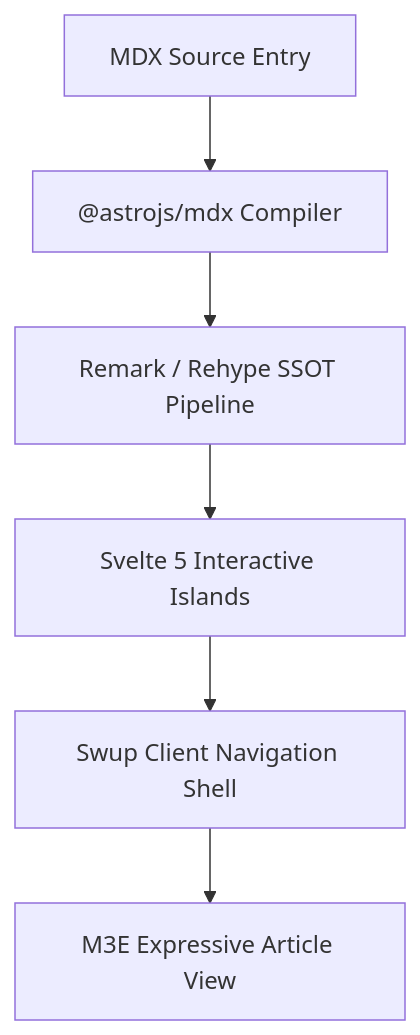
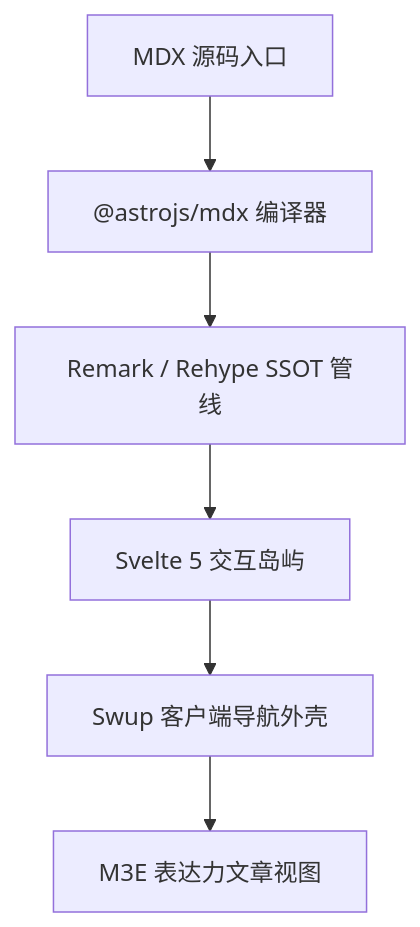
Before and after one commit to yycc0324-lang/Blog_for_yycc: the diagram in src/content/posts/mdx-showcase.mdx, drawn with Mermaid. The commit also changed other lines of this file and 3 other files, not shown here.

````diff
--- a/src/content/posts/mdx-showcase.mdx
+++ b/src/content/posts/mdx-showcase.mdx
@@ -276,8 +277,8 @@
 ```mermaid
 flowchart TD
-    MDX[MDX Source Entry] --> Compiler["@astrojs/mdx Compiler"]
-    Compiler --> Plugins["Remark / Rehype SSOT Pipeline"]
-    Plugins --> Islands["Svelte 5 Interactive Islands"]
-    Islands --> Swup["Swup Client Navigation Shell"]
-    Swup --> Screen["M3E Expressive Article View"]
+    MDX[MDX 源码入口] --> Compiler["@astrojs/mdx 编译器"]
+    Compiler --> Plugins["Remark / Rehype SSOT 管线"]
+    Plugins --> Islands["Svelte 5 交互岛屿"]
+    Islands --> Swup["Swup 客户端导航外壳"]
+    Swup --> Screen["M3E 表达力文章视图"]
 ```
````
